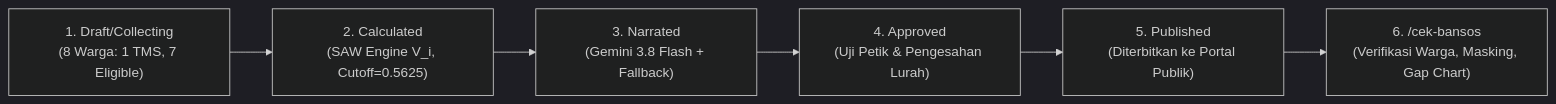
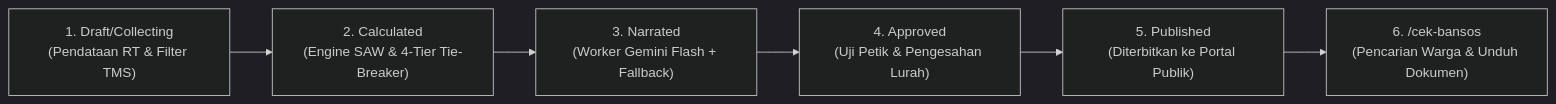
Before and after one commit to jovankasd/bansos-saw-xai-jurangmangu-barat: the diagram in README.md, drawn with Mermaid (dark theme). The commit also changed other lines of this file, not shown here.

````diff
--- a/README.md
+++ b/README.md
@@ -205,8 +26,8 @@
 ```mermaid
 flowchart LR
-    A["1. Draft/Collecting\n(8 Warga: 1 TMS, 7 Eligible)"] --> B["2. Calculated\n(SAW Engine V_i, Cutoff=0.5625)"]
-    B --> C["3. Narrated\n(Gemini 3.8 Flash + Fallback)"]
+    A["1. Draft/Collecting\n(Pendataan RT & Filter TMS)"] --> B["2. Calculated\n(Engine SAW & 4-Tier Tie-Breaker)"]
+    B --> C["3. Narrated\n(Worker Gemini Flash + Fallback)"]
     C --> D["4. Approved\n(Uji Petik & Pengesahan Lurah)"]
     D --> E["5. Published\n(Diterbitkan ke Portal Publik)"]
-    E --> F["6. /cek-bansos\n(Verifikasi Warga, Masking, Gap Chart)"]
+    E --> F["6. /cek-bansos\n(Pencarian Warga & Unduh Dokumen)"]
 ```
````
